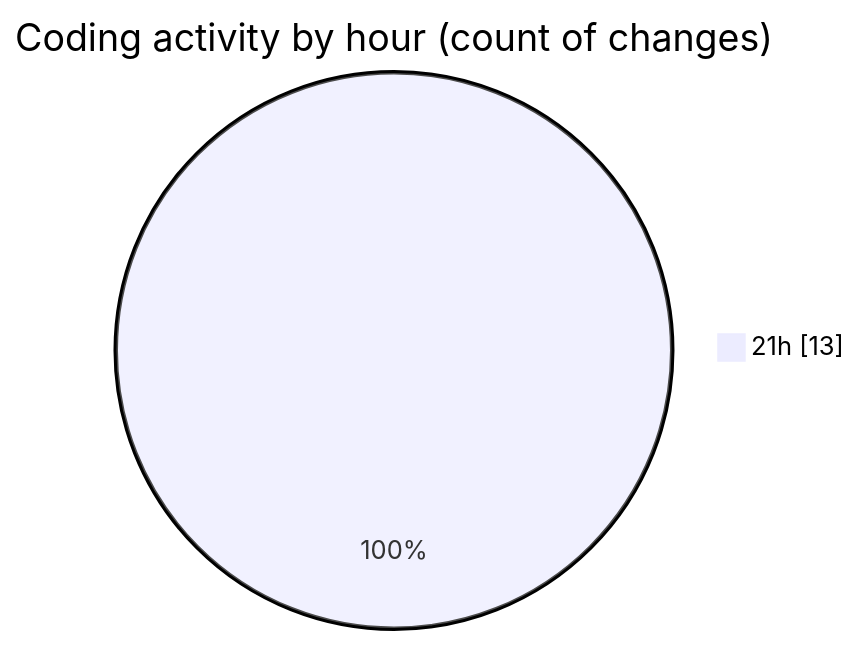
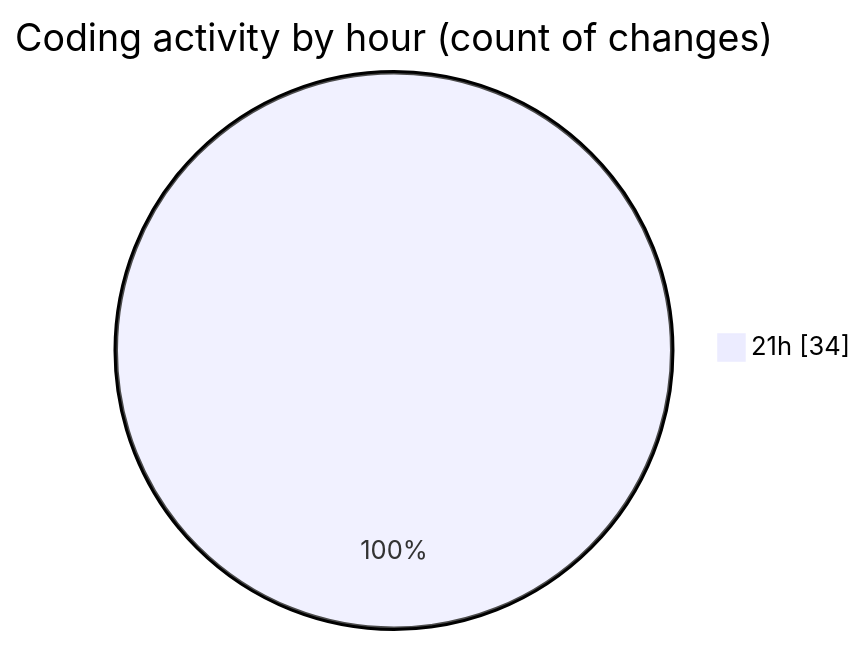
One commit to Ritupan-Deka/code-tracking changed the second of 2 diagrams in 2025-10-13/scopecraft/README.md. Above: the diagram before and after it, drawn with Mermaid. The commit also changed other lines of this file and 1 other file, not shown here.

````diff
--- a/2025-10-13/scopecraft/README.md
+++ b/2025-10-13/scopecraft/README.md
@@ -35,5 +37,5 @@
 ```mermaid
 pie showData
 title Coding activity by hour (count of changes)
-"21h" : 13
+"21h" : 34
 ```
````
